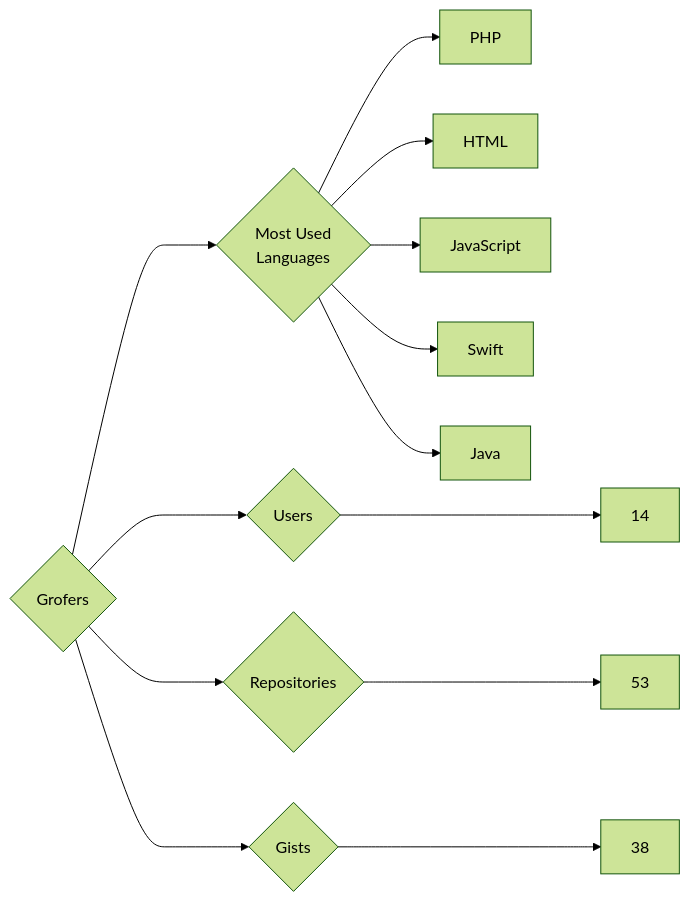
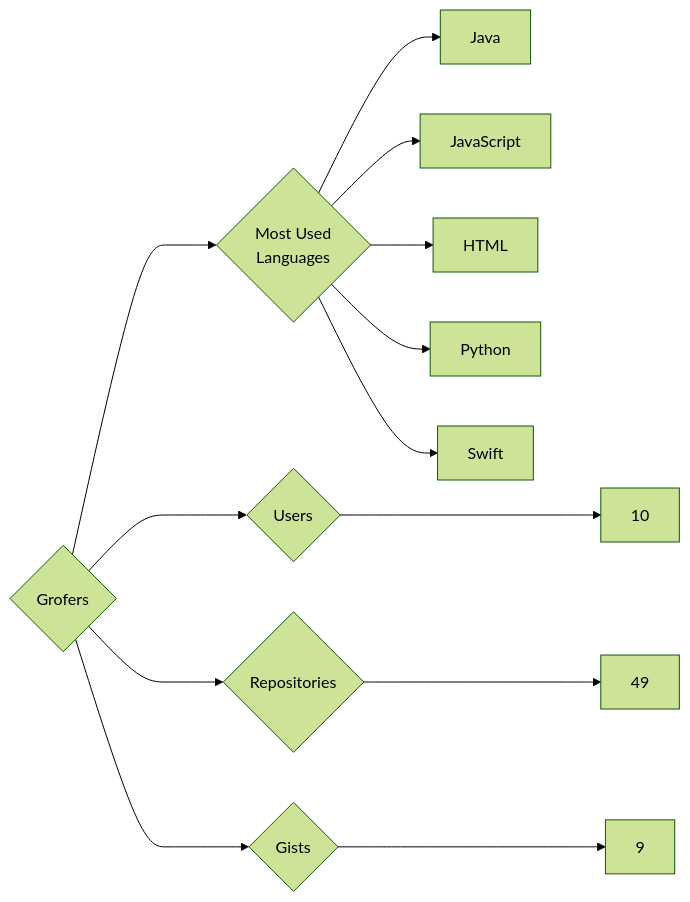
One commit to trickest/insiders changed the diagram in targets/Grofers/README.md. Above: the diagram before and after it, drawn with Mermaid (forest theme). The commit also changed 1055 other files, not shown here.

````diff
--- a/targets/Grofers/README.md
+++ b/targets/Grofers/README.md
@@ -3,13 +3,13 @@
 ```mermaid
 graph LR
 COMPANY_NAME{Grofers}
-COMPANY_NAME ---> U{Users} ---> UN[14]
-COMPANY_NAME ---> R{Repositories} ---> RN[53]
-COMPANY_NAME ---> G{Gists} ---> GN[38]
+COMPANY_NAME ---> U{Users} ---> UN[10]
+COMPANY_NAME ---> R{Repositories} ---> RN[49]
+COMPANY_NAME ---> G{Gists} ---> GN[9]
 COMPANY_NAME ---> ML{Most Used<br>Languages}
-ML --> PHP[PHP]
+ML --> Java[Java]
+ML --> JavaScript[JavaScript]
 ML --> HTML[HTML]
-ML --> JavaScript[JavaScript]
+ML --> Python[Python]
 ML --> Swift[Swift]
-ML --> Java[Java]
 ```
````
